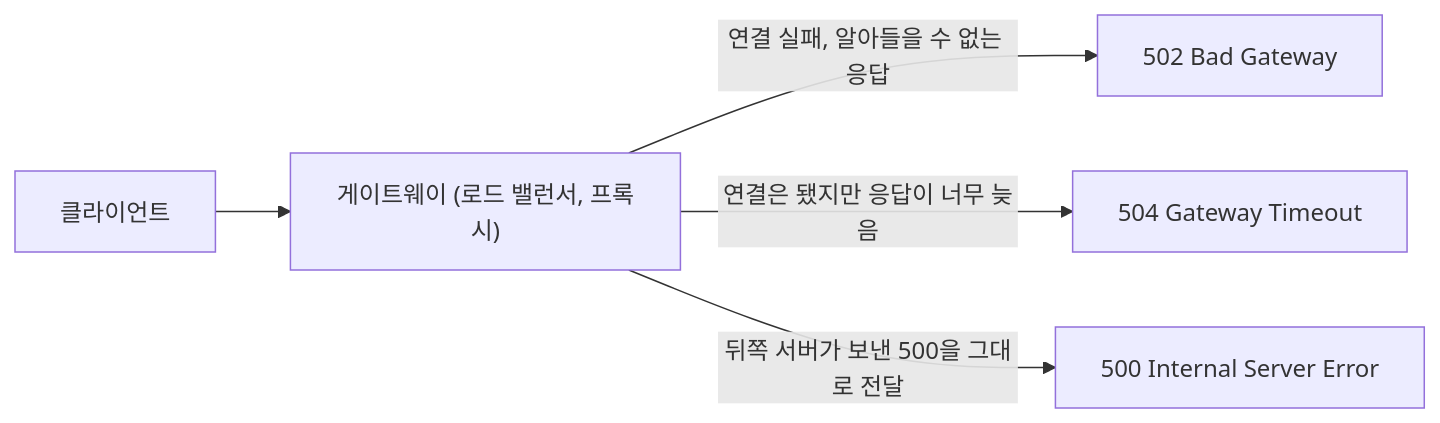
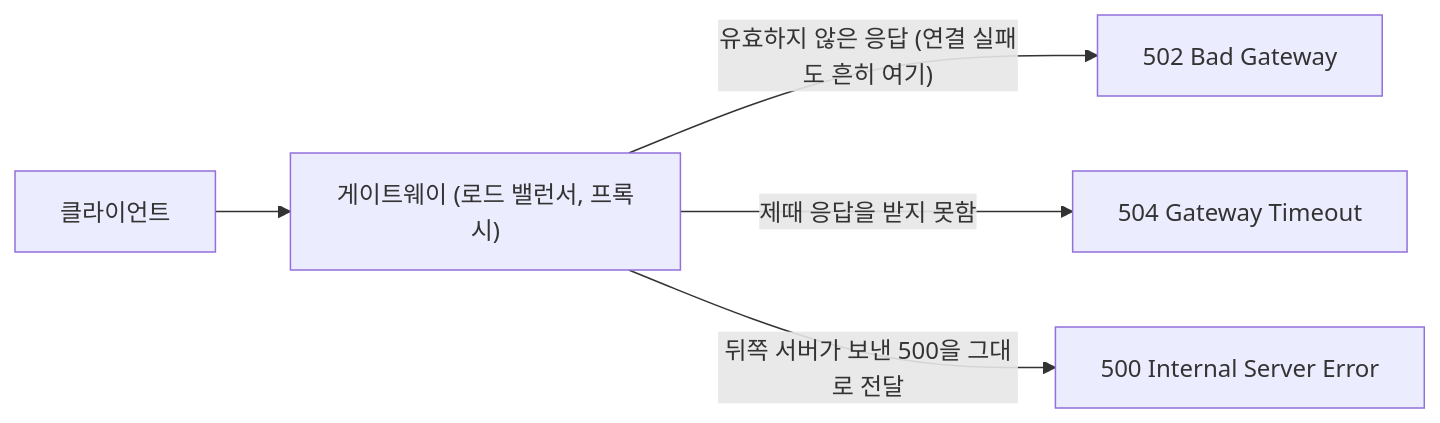
Before and after one commit to JangHwanPark/Note: the fourth of 4 diagrams in CS_Basic/WEB/HTTP 메서드와 상태 코드(HTTP Methods and Status Codes)/README.md, drawn with Mermaid. The commit also changed other lines of this file and 22 other files, not shown here.

Commit message:
note: 리뷰 지적 반영(CS_Basic, Architecture, NextJS, Canvas)

````diff
--- a/CS_Basic/WEB/HTTP 메서드와 상태 코드(HTTP Methods and Status Codes)/README.md
+++ b/CS_Basic/WEB/HTTP 메서드와 상태 코드(HTTP Methods and Status Codes)/README.md
@@ -205,7 +206,7 @@
 ```mermaid
 flowchart LR
     C["클라이언트"] --> G["게이트웨이 (로드 밸런서, 프록시)"]
-    G -- "연결 실패, 알아들을 수 없는 응답" --> E1["502 Bad Gateway"]
-    G -- "연결은 됐지만 응답이 너무 늦음" --> E2["504 Gateway Timeout"]
+    G -- "유효하지 않은 응답 (연결 실패도 흔히 여기)" --> E1["502 Bad Gateway"]
+    G -- "제때 응답을 받지 못함" --> E2["504 Gateway Timeout"]
     G -- "뒤쪽 서버가 보낸 500을 그대로 전달" --> E3["500 Internal Server Error"]
 ```
````
